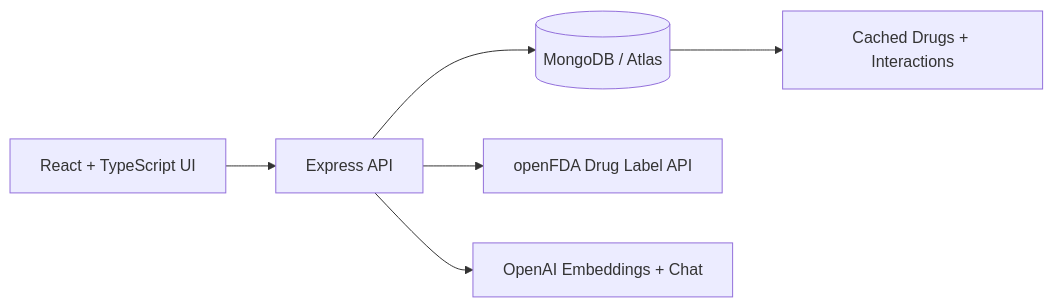
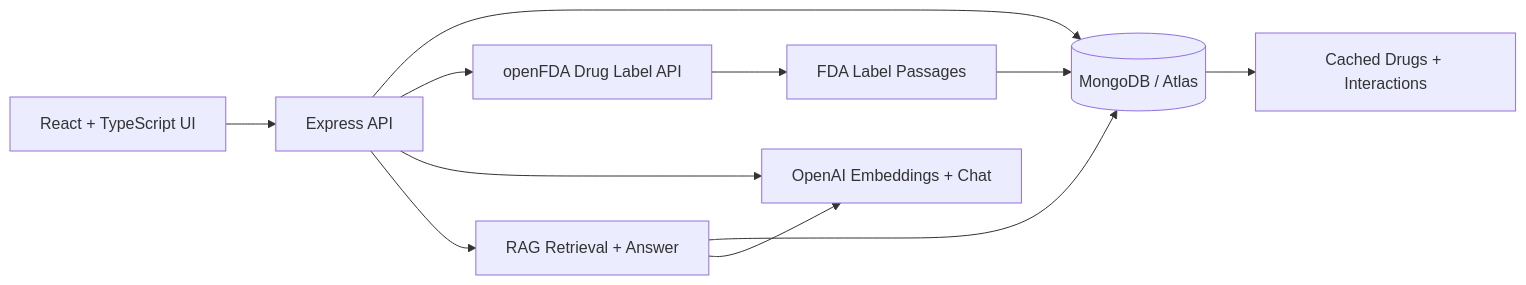
The diagram in README.md (tatianaiatskovskaiadev/Polypharmacy_Explorer), drawn with Mermaid before and after one commit. The commit also changed other lines of this file and 18 other files, not shown here.

Commit message:
Add FDA-grounded RAG answers

````diff
--- a/README.md
+++ b/README.md
@@ -36,8 +37,13 @@
 ```mermaid
 flowchart LR
     UI[React + TypeScript UI] --> API[Express API]
     API --> Mongo[(MongoDB / Atlas)]
     API --> FDA[openFDA Drug Label API]
     API --> OpenAI[OpenAI Embeddings + Chat]
     Mongo --> Graph[Cached Drugs + Interactions]
+    FDA --> Passages[FDA Label Passages]
+    Passages --> Mongo
+    API --> RAG[RAG Retrieval + Answer]
+    RAG --> Mongo
+    RAG --> OpenAI
 ```
````
